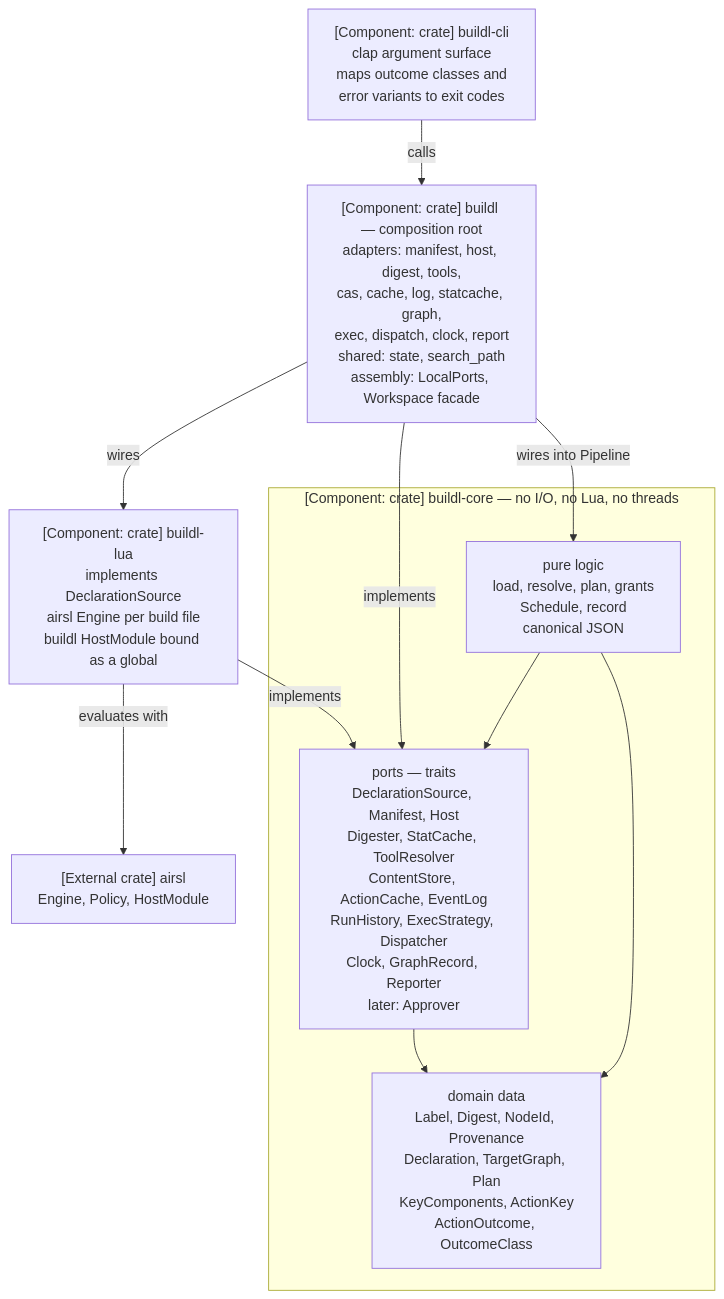
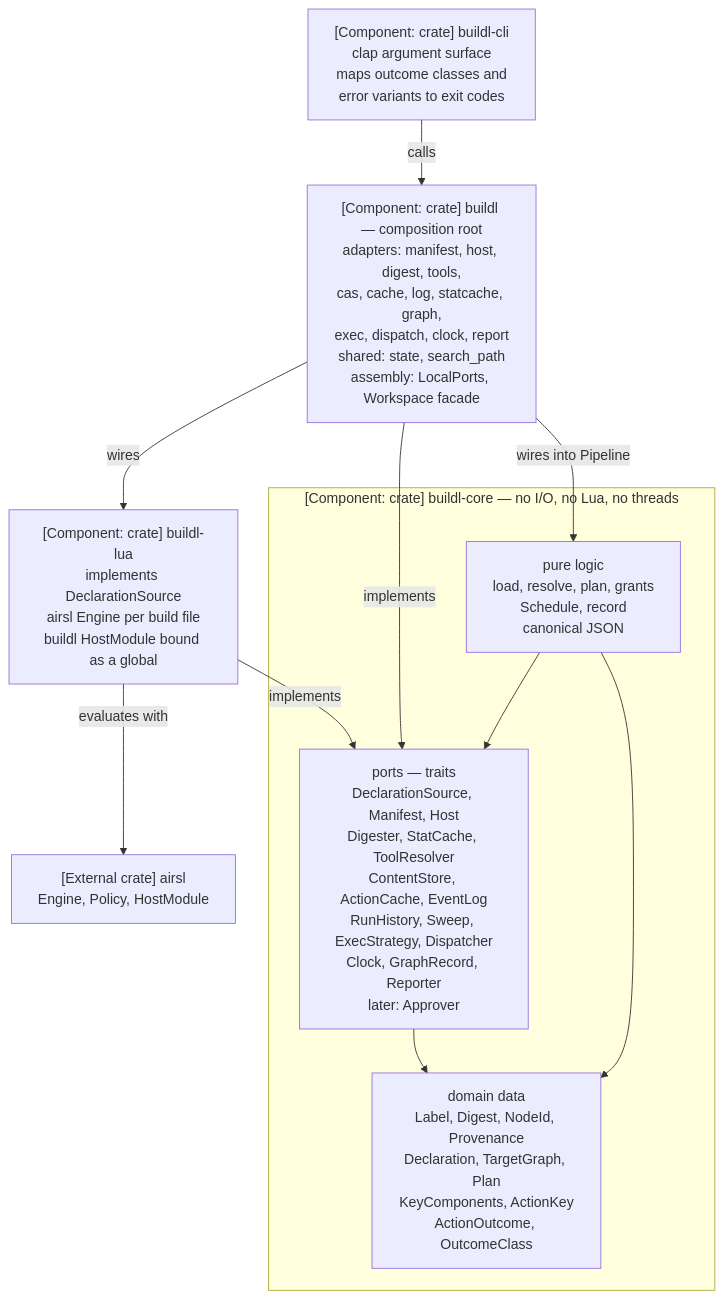
One commit to airsstack/buildl changed the fourth of 7 diagrams in docs/architecture-building-blocks.md. Above: the diagram before and after it, drawn with Mermaid. The commit also changed other lines of this file and 78 other files, not shown here.

````diff
--- a/docs/architecture-building-blocks.md
+++ b/docs/architecture-building-blocks.md
@@ -102,22 +102,22 @@
 ```mermaid
 %% C4 level 3 — components inside the CLI process
 graph TD
     CLI["[Component: crate] buildl-cli<br/>clap argument surface<br/>maps outcome classes and<br/>error variants to exit codes"]
     LIB["[Component: crate] buildl — composition root<br/>adapters: manifest, host, digest, tools,<br/>cas, cache, log, statcache, graph,<br/>exec, dispatch, clock, report<br/>shared: state, search_path<br/>assembly: LocalPorts, Workspace facade"]
     LUA["[Component: crate] buildl-lua<br/>implements DeclarationSource<br/>airsl Engine per build file<br/>buildl HostModule bound as a global"]
     subgraph CORE["[Component: crate] buildl-core — no I/O, no Lua, no threads"]
         DATA["domain data<br/>Label, Digest, NodeId, Provenance<br/>Declaration, TargetGraph, Plan<br/>KeyComponents, ActionKey<br/>ActionOutcome, OutcomeClass"]
-        PORTS["ports — traits<br/>DeclarationSource, Manifest, Host<br/>Digester, StatCache, ToolResolver<br/>ContentStore, ActionCache, EventLog<br/>RunHistory, ExecStrategy, Dispatcher<br/>Clock, GraphRecord, Reporter<br/>later: Approver"]
+        PORTS["ports — traits<br/>DeclarationSource, Manifest, Host<br/>Digester, StatCache, ToolResolver<br/>ContentStore, ActionCache, EventLog<br/>RunHistory, Sweep, ExecStrategy, Dispatcher<br/>Clock, GraphRecord, Reporter<br/>later: Approver"]
         LOGIC["pure logic<br/>load, resolve, plan, grants<br/>Schedule, record<br/>canonical JSON"]
     end
     AIRSL["[External crate] airsl<br/>Engine, Policy, HostModule"]
     CLI -->|"calls"| LIB
     LIB -->|"wires"| LUA
     LIB -->|"implements"| PORTS
     LIB -->|"wires into Pipeline"| LOGIC
     LUA -->|"implements"| PORTS
     LUA -->|"evaluates with"| AIRSL
     LOGIC --> PORTS
     LOGIC --> DATA
     PORTS --> DATA
 ```
````
